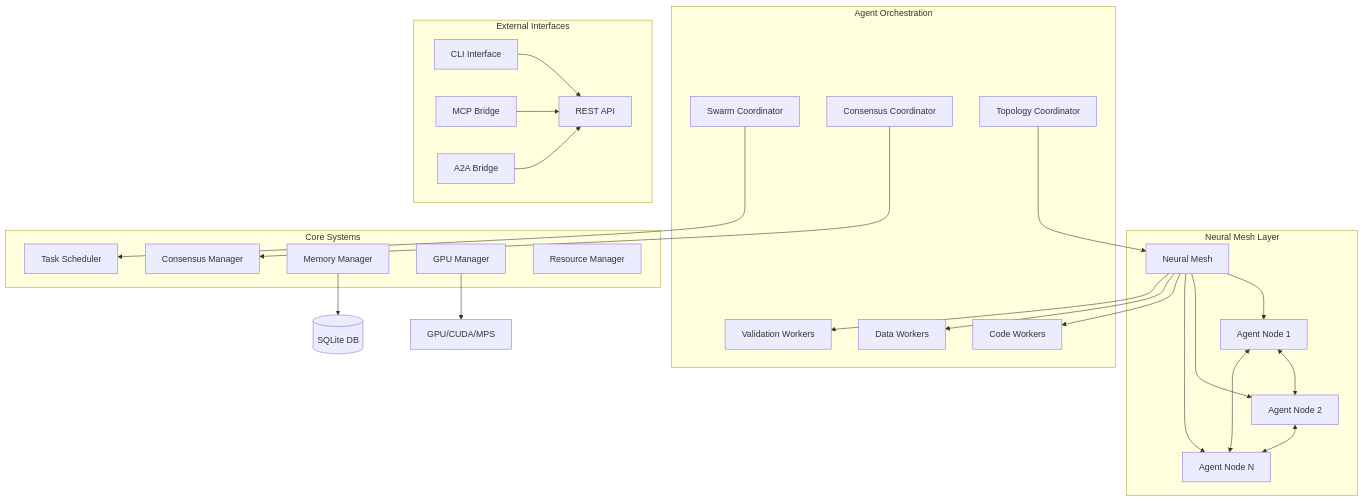
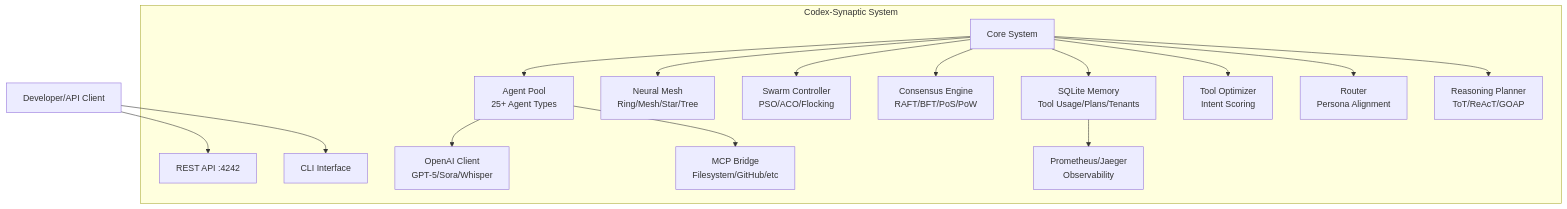
One commit to clduab11/codex-synaptic changed the diagram in README.md. Above: the diagram before and after it, drawn with Mermaid. The commit also changed other lines of this file and 76 other files, not shown here.

First line of the commit message:
feat: add tenancy-aware OpenAI orchestration

````diff
--- a/README.md
+++ b/README.md
@@ -153,47 +276,25 @@
 ```mermaid
 graph TB
-    subgraph "Neural Mesh Layer"
-        NM[Neural Mesh] --> N1[Agent Node 1]
-        NM --> N2[Agent Node 2]  
-        NM --> N3[Agent Node N]
-        N1 <--> N2
-        N2 <--> N3
-        N1 <--> N3
+    subgraph "Codex-Synaptic System"
+        API[REST API :4242]
+        CLI[CLI Interface]
+        Core[Core System]
+        
+        Core --> Agents[Agent Pool<br/>25+ Agent Types]
+        Core --> Mesh[Neural Mesh<br/>Ring/Mesh/Star/Tree]
+        Core --> Swarm[Swarm Controller<br/>PSO/ACO/Flocking]
+        Core --> Consensus[Consensus Engine<br/>RAFT/BFT/PoS/PoW]
+        Core --> Memory[SQLite Memory<br/>Tool Usage/Plans/Tenants]
+        Core --> Tools[Tool Optimizer<br/>Intent Scoring]
+        Core --> Router[Router<br/>Persona Alignment]
+        Core --> Reasoning[Reasoning Planner<br/>ToT/ReAcT/GOAP]
+        
+        Agents --> OpenAI[OpenAI Client<br/>GPT-5/Sora/Whisper]
+        Agents --> MCP[MCP Bridge<br/>Filesystem/GitHub/etc]
+        
+        Memory --> Telemetry[Prometheus/Jaeger<br/>Observability]
     end
     
-    subgraph "Agent Orchestration"
-        CW[Code Workers]
-        DW[Data Workers] 
-        VW[Validation Workers]
-        SC[Swarm Coordinator]
-        CC[Consensus Coordinator]
-        TC[Topology Coordinator]
-    end
-    
-    subgraph "Core Systems"
-        TS[Task Scheduler]
-        CM[Consensus Manager]
-        MM[Memory Manager]
-        GM[GPU Manager]
-        RM[Resource Manager]
-    end
-    
-    subgraph "External Interfaces"
-        MCP[MCP Bridge]
-        A2A[A2A Bridge]
-        CLI[CLI Interface]
-        API[REST API]
-    end
-    
-    NM --> CW
-    NM --> DW
-    NM --> VW
-    SC --> TS
-    CC --> CM
-    TC --> NM
-    MM --> SQLite[(SQLite DB)]
-    GM --> GPU[GPU/CUDA/MPS]
-    CLI --> API
-    MCP --> API
-    A2A --> API
+    User[Developer/API Client] --> API
+    User --> CLI
 ```
````
